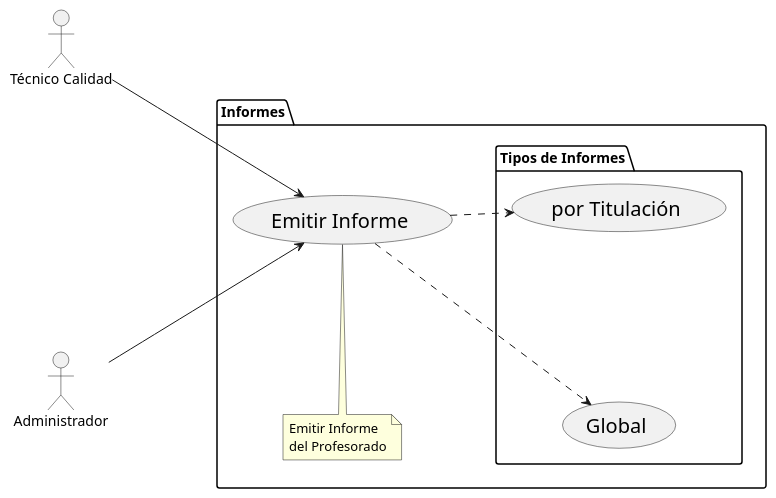
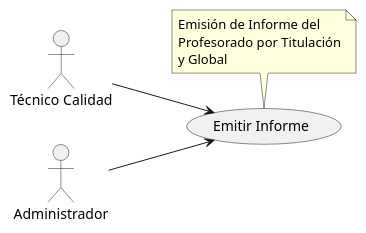
Before and after one commit to mmasias/24-25-IdSw1-SDR: the diagram in modelosUML/CdU/Individuales/EmitirInforme.puml, drawn with PlantUML. The commit also changed 17 other files, not shown here.

Commit message:
Actualizar diagramas de casos de uso para mejorar la claridad y consistencia de los nombres y notas, y eliminar paquetes innecesarios.

```diff
--- a/modelosUML/CdU/Individuales/EmitirInforme.puml
+++ b/modelosUML/CdU/Individuales/EmitirInforme.puml
@@ -1,30 +1,16 @@
 @startuml
 left to right direction
-
-skinparam usecase {
-    FontSize 20
-}
-
-skinparam nodesep 170
 
 actor "Técnico Calidad" as tec
 actor "Administrador" as admin
 
-package "Informes" as informes {
-    usecase "Emitir Informe" as emitirInforme
-    package "Tipos de Informes" {
-        usecase "por Titulación" as titulacion
-        usecase "Global" as global
-    }
-    note top of emitirInforme
-        Emitir Informe
-        del Profesorado
-    end note
-}
+usecase "Emitir Informe" as emitirInforme
+note top of emitirInforme
+    Emisión de Informe del
+    Profesorado por Titulación
+    y Global
+end note
 
-emitirInforme ..> titulacion
-emitirInforme ..> global
-
-tec ---> emitirInforme
-admin ---> emitirInforme
+tec --> emitirInforme
+admin --> emitirInforme
 @enduml
```
